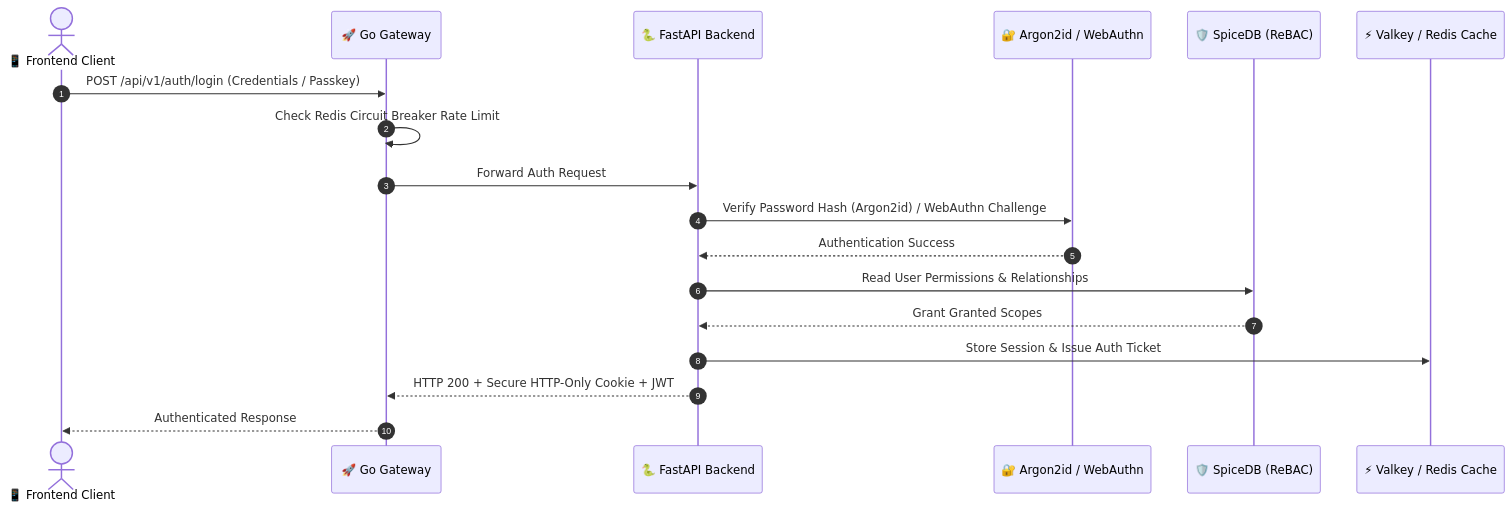
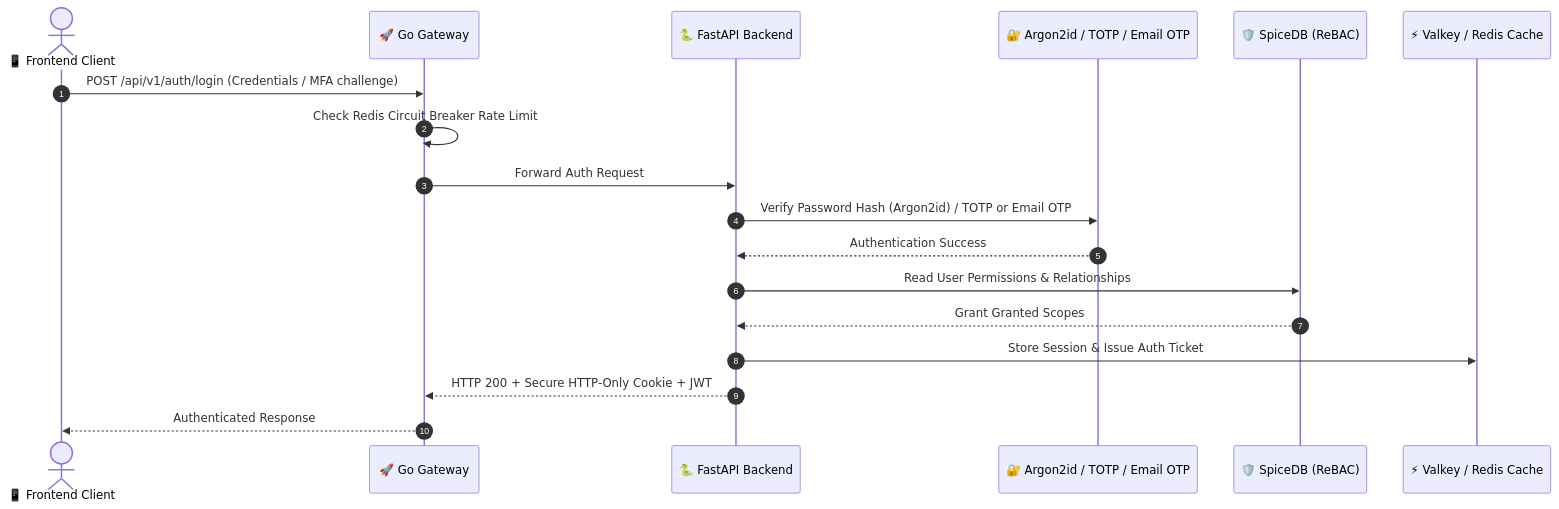
Before and after one commit to egorribun/university_ecosystem: the second of 3 diagrams in README.md, drawn with Mermaid. The commit also changed other lines of this file and 1267 other files, not shown here.

````diff
--- a/README.md
+++ b/README.md
@@ -147,21 +147,21 @@
 ```mermaid
 sequenceDiagram
     autonumber
     actor Client as 📱 Frontend Client
     participant Gateway as 🚀 Go Gateway
     participant Backend as 🐍 FastAPI Backend
-    participant Argon2 as 🔐 Argon2id / WebAuthn
+    participant Argon2 as 🔐 Argon2id / TOTP / Email OTP
     participant SpiceDB as 🛡️ SpiceDB (ReBAC)
     participant Redis as ⚡ Valkey / Redis Cache
 
-    Client->>Gateway: POST /api/v1/auth/login (Credentials / Passkey)
+    Client->>Gateway: POST /api/v1/auth/login (Credentials / MFA challenge)
     Gateway->>Gateway: Check Redis Circuit Breaker Rate Limit
     Gateway->>Backend: Forward Auth Request
-    Backend->>Argon2: Verify Password Hash (Argon2id) / WebAuthn Challenge
+    Backend->>Argon2: Verify Password Hash (Argon2id) / TOTP or Email OTP
     Argon2-->>Backend: Authentication Success
     Backend->>SpiceDB: Read User Permissions & Relationships
     SpiceDB-->>Backend: Grant Granted Scopes
     Backend->>Redis: Store Session & Issue Auth Ticket
     Backend-->>Gateway: HTTP 200 + Secure HTTP-Only Cookie + JWT
     Gateway-->>Client: Authenticated Response
 ```
````
